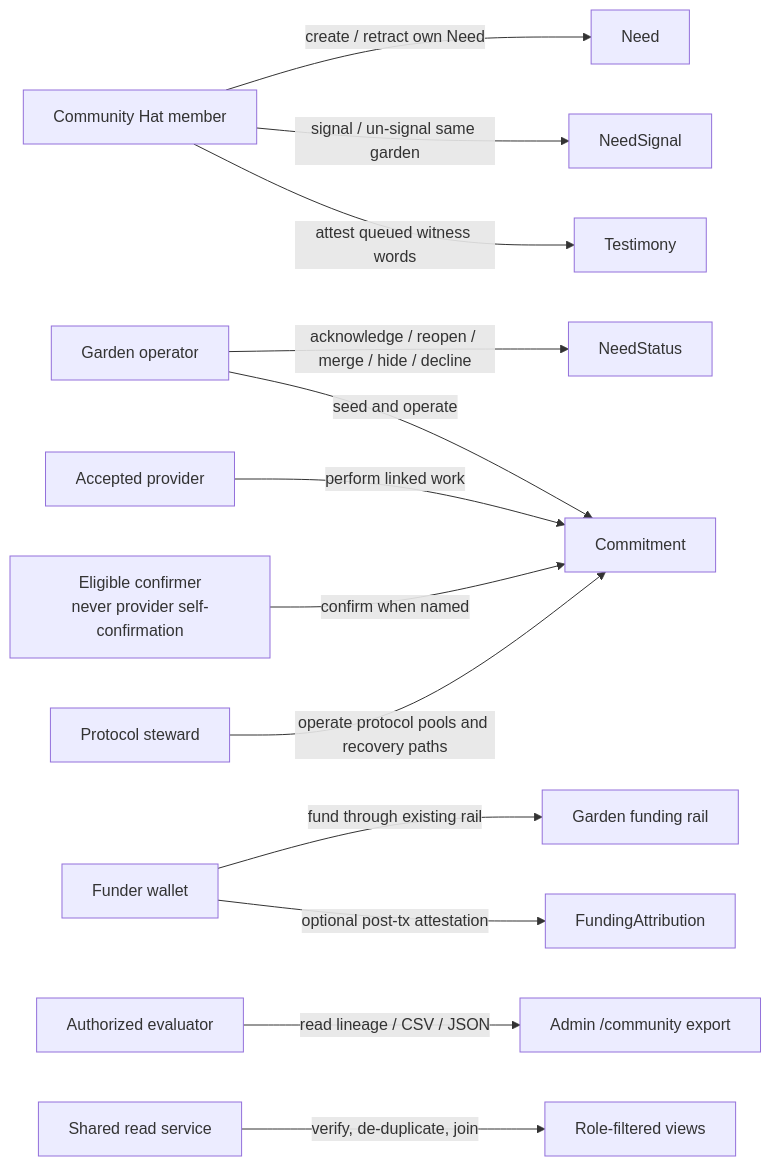
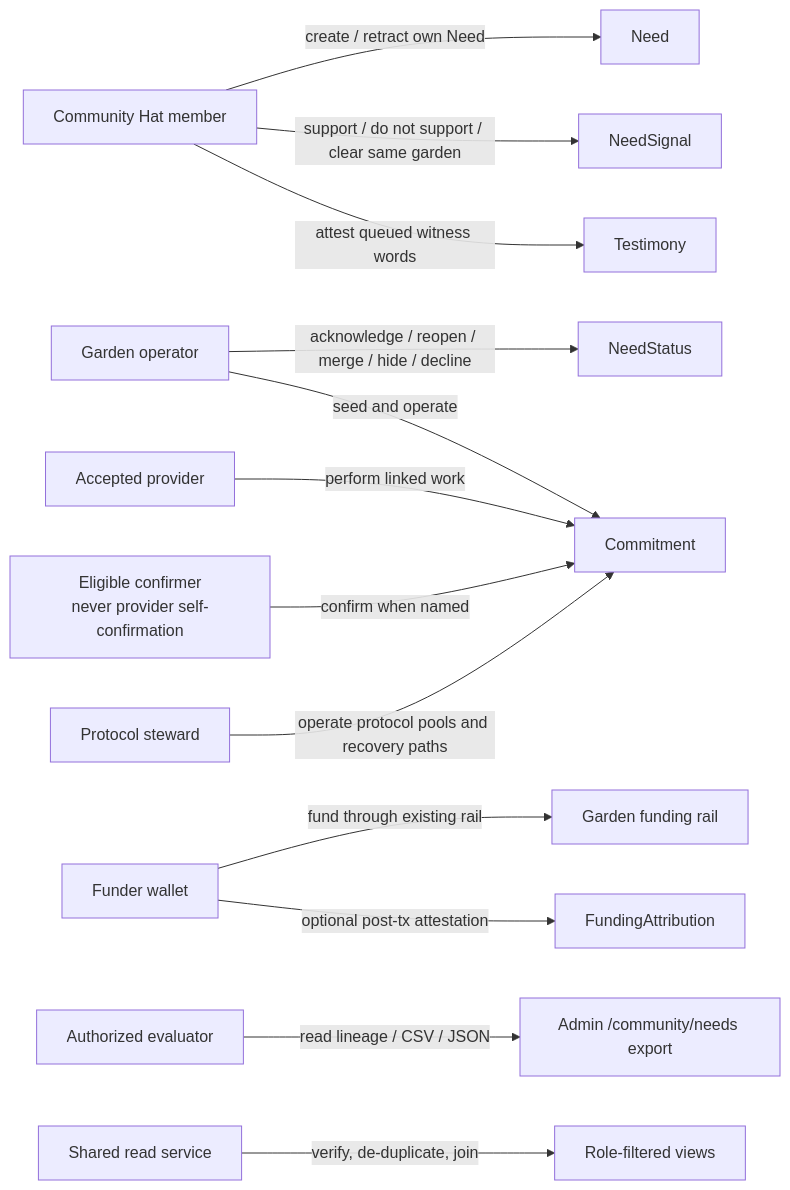
One commit to greenpill-dev-guild/green-goods changed diagram 13 of 14 in .plans/active/community-interface/diagrams.md. Above: the diagram before and after it, drawn with Mermaid. The commit also changed other lines of this file and 35 other files, not shown here.

Commit message:
refactor(shared,client): streamline cross-package application flows

````diff
--- a/.plans/active/community-interface/diagrams.md
+++ b/.plans/active/community-interface/diagrams.md
@@ -433,15 +478,15 @@
 ```mermaid
 flowchart LR
   MEMBER["Community Hat member"] -->|"create / retract own Need"| NEED["Need"]
-  MEMBER -->|"signal / un-signal same garden"| SIGNAL["NeedSignal"]
+  MEMBER -->|"support / do not support / clear same garden"| SIGNAL["NeedSignal"]
   MEMBER -->|"attest queued witness words"| TEST["Testimony"]
   OPERATOR["Garden operator"] -->|"acknowledge / reopen / merge / hide / decline"| STATUS["NeedStatus"]
   OPERATOR -->|"seed and operate"| COMMIT["Commitment"]
   PROVIDER["Accepted provider"] -->|"perform linked work"| COMMIT
   CONFIRMER["Eligible confirmer<br/>never provider self-confirmation"] -->|"confirm when named"| COMMIT
   FUNDER["Funder wallet"] -->|"fund through existing rail"| RAIL["Garden funding rail"]
   FUNDER -->|"optional post-tx attestation"| ATTR["FundingAttribution"]
-  EVALUATOR["Authorized evaluator"] -->|"read lineage / CSV / JSON"| EXPORT["Admin /community export"]
+  EVALUATOR["Authorized evaluator"] -->|"read lineage / CSV / JSON"| EXPORT["Admin /community/needs export"]
   STEWARD["Protocol steward"] -->|"operate protocol pools and recovery paths"| COMMIT
   SHARED["Shared read service"] -->|"verify, de-duplicate, join"| VIEW["Role-filtered views"]
 ```
````
